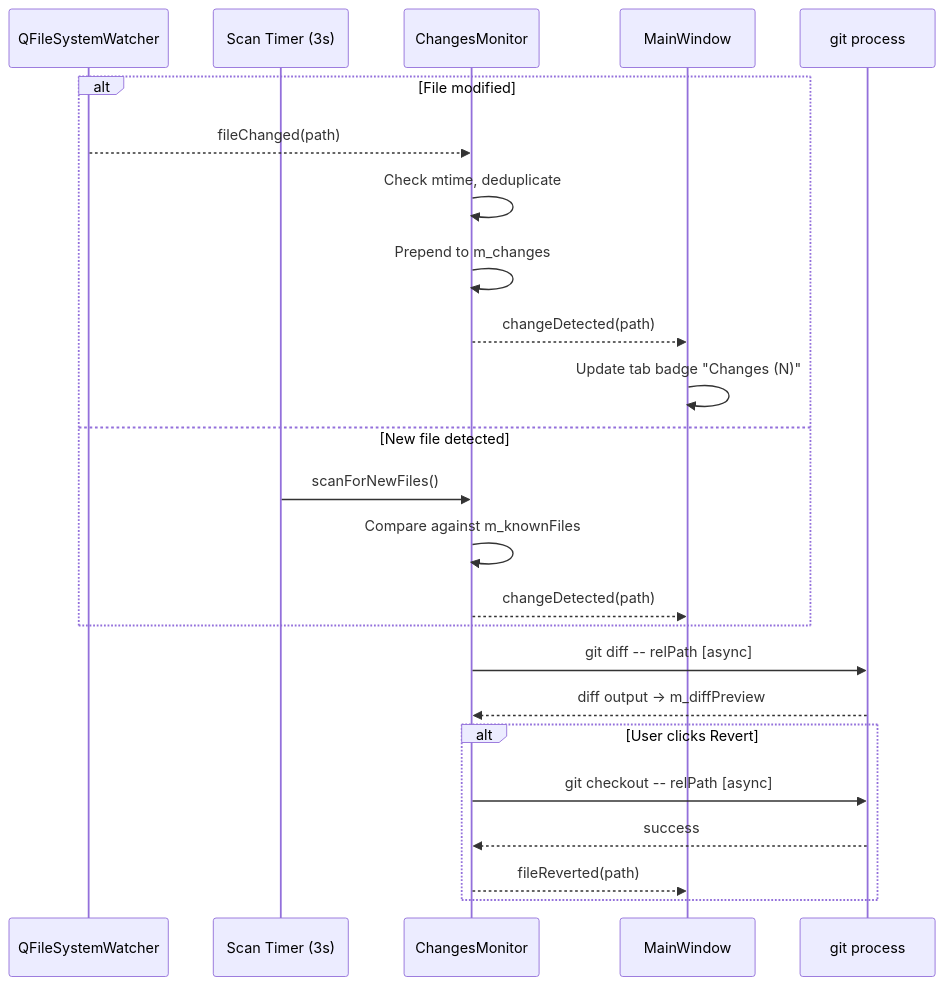
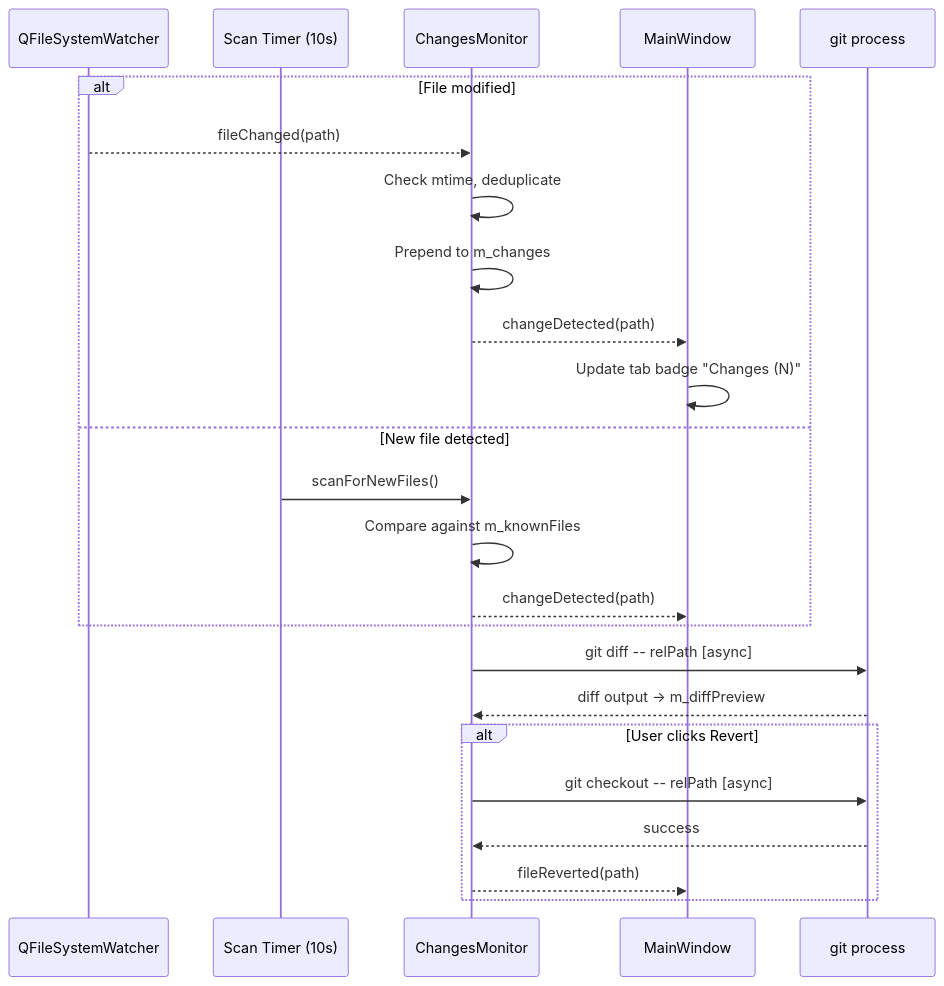
Before and after one commit to dkrse/vibe-coder: the ninth of 14 diagrams in docs/diagrams.md, drawn with Mermaid. The commit also changed other lines of this file and 21 other files, not shown here.

````diff
--- a/docs/diagrams.md
+++ b/docs/diagrams.md
@@ -327,29 +348,29 @@
 ```mermaid
 sequenceDiagram
     participant FS as QFileSystemWatcher
-    participant Timer as Scan Timer (3s)
+    participant Timer as Scan Timer (10s)
     participant CM as ChangesMonitor
     participant MainWindow
     participant Git as git process
 
     alt File modified
         FS-->>CM: fileChanged(path)
         CM->>CM: Check mtime, deduplicate
         CM->>CM: Prepend to m_changes
         CM-->>MainWindow: changeDetected(path)
         MainWindow->>MainWindow: Update tab badge "Changes (N)"
     else New file detected
         Timer->>CM: scanForNewFiles()
         CM->>CM: Compare against m_knownFiles
         CM-->>MainWindow: changeDetected(path)
     end
 
     CM->>Git: git diff -- relPath [async]
     Git-->>CM: diff output → m_diffPreview
 
     alt User clicks Revert
         CM->>Git: git checkout -- relPath [async]
         Git-->>CM: success
         CM-->>MainWindow: fileReverted(path)
     end
 ```
````
